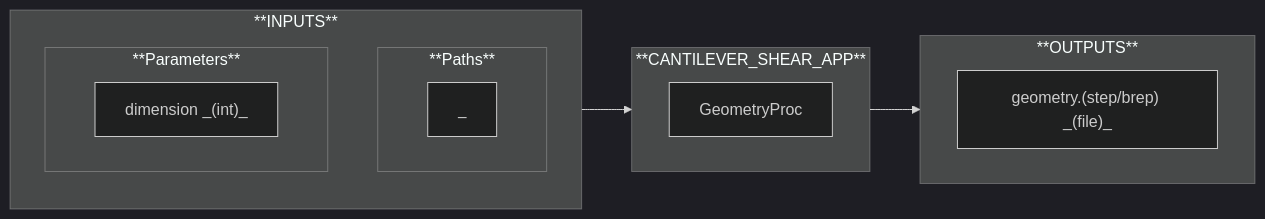
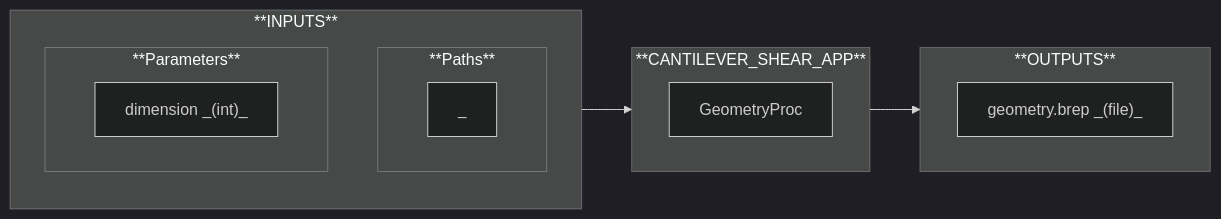
One commit to nuremics/nuremics-docs changed the fifth of 6 diagrams in docs/labs/Apps/simulation/CANTILEVER_SHEAR_APP/app.md. Above: the diagram before and after it, drawn with Mermaid (dark theme). The commit also changed other lines of this file and 5 other files, not shown here.

Commit message:
fix mermaid display issues

````diff
--- a/docs/labs/Apps/simulation/CANTILEVER_SHEAR_APP/app.md
+++ b/docs/labs/Apps/simulation/CANTILEVER_SHEAR_APP/app.md
@@ -107,29 +105,29 @@
 ```mermaid
 flowchart LR
   subgraph **INPUTS**
     direction TB
 
     subgraph **Paths**
       direction LR
       path["_"]
     end
 
     subgraph **Parameters**
       direction LR
       param1["dimension _(int)_"]
     end
   end
 
   subgraph **CANTILEVER_SHEAR_APP**
     direction RL
     proc1["GeometryProc"]
   end
 
   subgraph **OUTPUTS**
     direction RL
-    out1["geometry.(step/brep) _(file)_"]
+    out1["geometry.brep _(file)_"]
   end
 
   **INPUTS** --> proc1
   proc1 --> **OUTPUTS**
 ```
````
